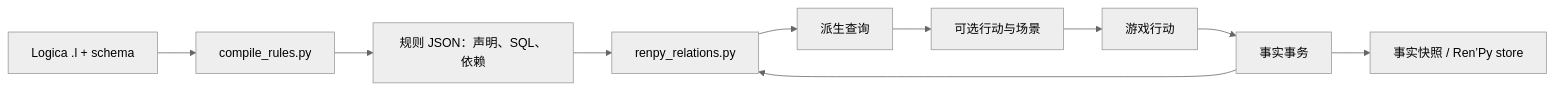
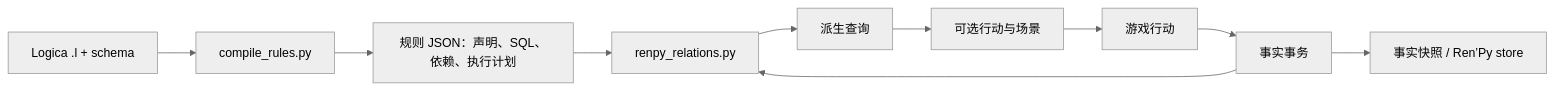
One commit to liyif/renpy-relations changed the diagram in DESIGN.md. Above: the diagram before and after it, drawn with Mermaid (neutral theme). The commit also changed other lines of this file and 52 other files, not shown here.

````diff
--- a/DESIGN.md
+++ b/DESIGN.md
@@ -7,12 +7,12 @@
 ```mermaid
 flowchart LR
     L[Logica .l + schema] --> C[compile_rules.py]
-    C --> J[规则 JSON：声明、SQL、依赖]
+    C --> J[规则 JSON：声明、SQL、依赖、执行计划]
     J --> R[renpy_relations.py]
     A[游戏行动] --> F[事实事务]
     F --> R
     R --> Q[派生查询]
     Q --> S[可选行动与场景]
     S --> A
     F --> H[事实快照 / Ren’Py store]
 ```
````
